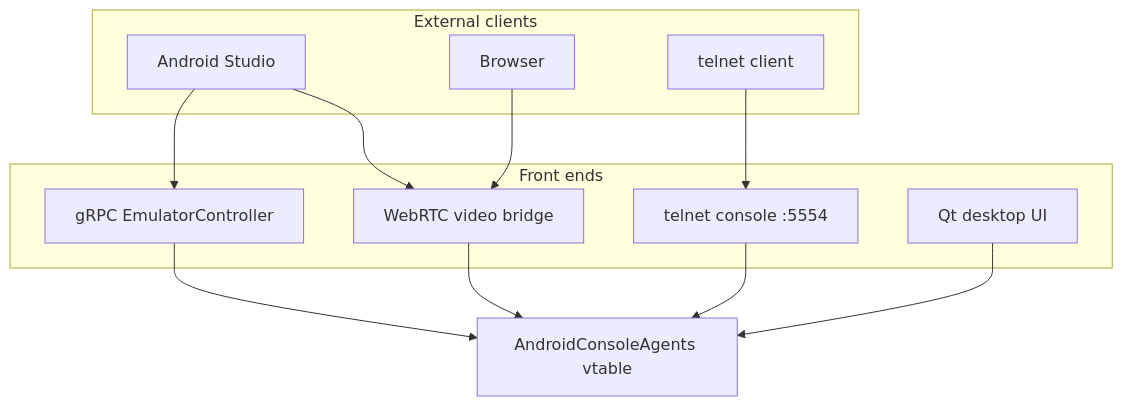
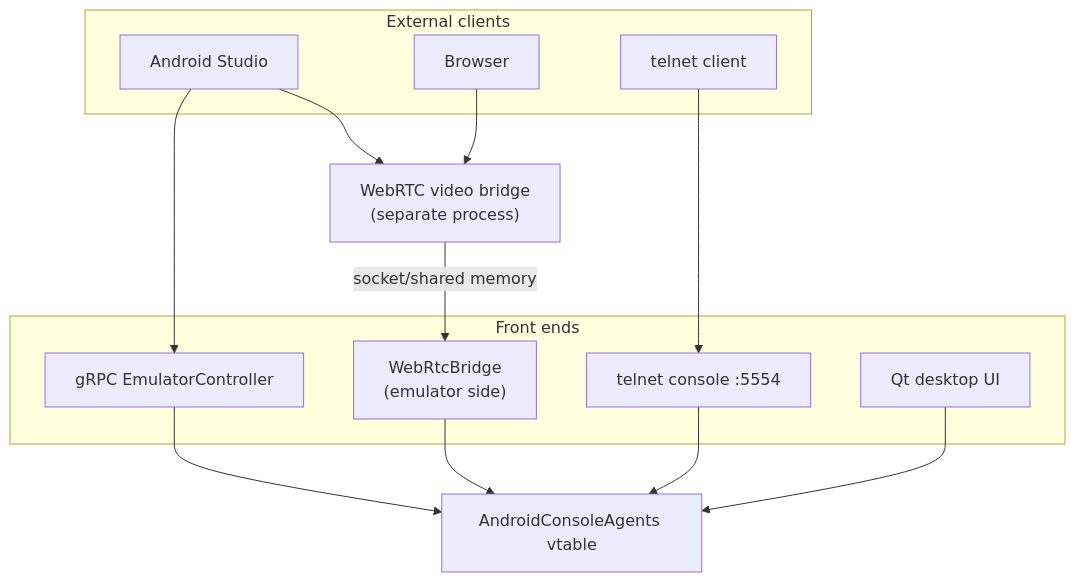
The seventh of 8 diagrams in 01-introduction.md (aospbooks/android-emulator-internal-book), drawn with Mermaid before and after one commit. The commit also changed other lines of this file and 31 other files, not shown here.

````diff
--- a/01-introduction.md
+++ b/01-introduction.md
@@ -254,23 +256,25 @@
 ```mermaid
 flowchart TB
   subgraph EXT["External clients"]
     STUDIO["Android Studio"]
     BROWSER["Browser"]
     TELNET["telnet client"]
   end
+  WRTC["WebRTC video bridge<br/>(separate process)"]
   subgraph FRONT["Front ends"]
     GRPC["gRPC EmulatorController"]
-    WRTC["WebRTC video bridge"]
+    WRTCBRIDGE["WebRtcBridge<br/>(emulator side)"]
     CONSOLE["telnet console :5554"]
     QT["Qt desktop UI"]
   end
   VTABLE["AndroidConsoleAgents vtable"]
   STUDIO --> GRPC
   STUDIO --> WRTC
   BROWSER --> WRTC
   TELNET --> CONSOLE
   GRPC --> VTABLE
   CONSOLE --> VTABLE
   QT --> VTABLE
-  WRTC --> VTABLE
+  WRTC -->|"socket/shared memory"| WRTCBRIDGE
+  WRTCBRIDGE --> VTABLE
 ```
````
